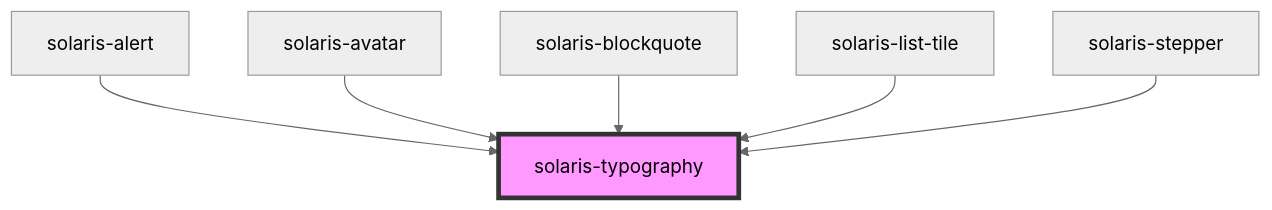
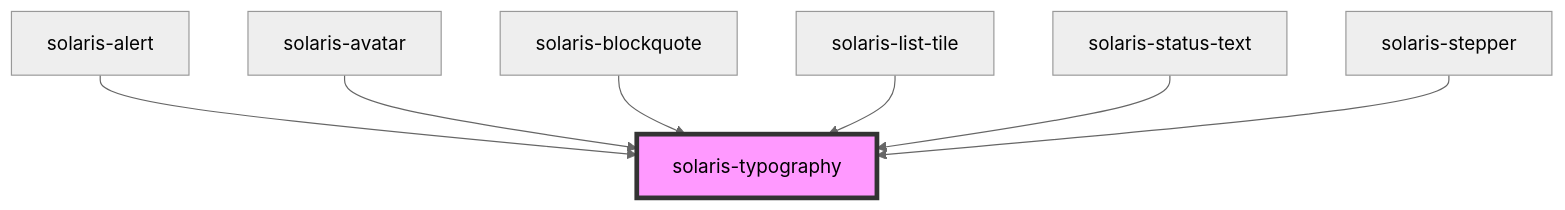
One commit to Lynxgsm/solaris-design-system changed the diagram in packages/solaris-core/src/components/solaris-typography/readme.md. Above: the diagram before and after it, drawn with Mermaid (neutral theme). The commit also changed other lines of this file and 24 other files, not shown here.

Commit message:
fixed status text

````diff
--- a/packages/solaris-core/src/components/solaris-typography/readme.md
+++ b/packages/solaris-core/src/components/solaris-typography/readme.md
@@ -32,9 +33,10 @@
 ```mermaid
 graph TD;
   solaris-alert --> solaris-typography
   solaris-avatar --> solaris-typography
   solaris-blockquote --> solaris-typography
   solaris-list-tile --> solaris-typography
+  solaris-status-text --> solaris-typography
   solaris-stepper --> solaris-typography
   style solaris-typography fill:#f9f,stroke:#333,stroke-width:4px
 ```
````
